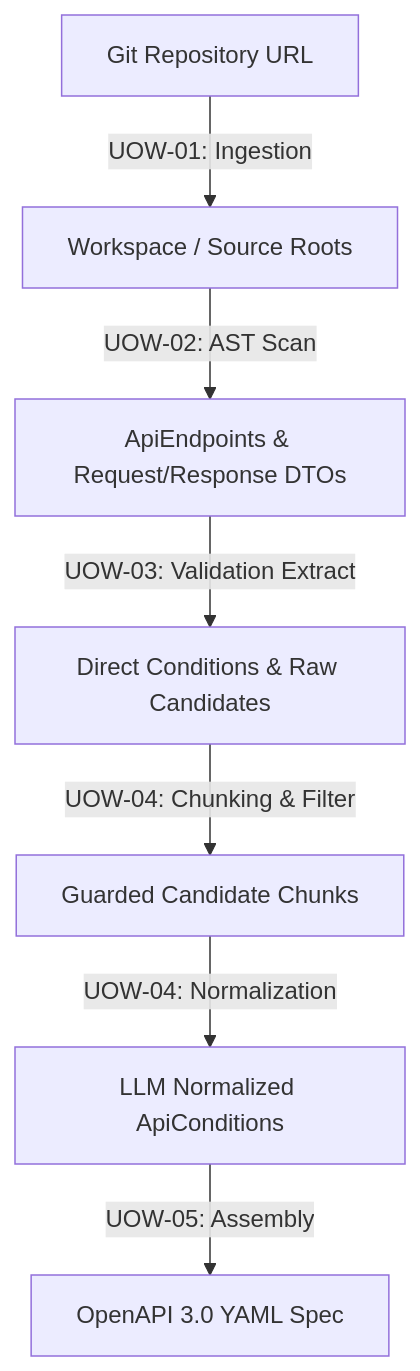
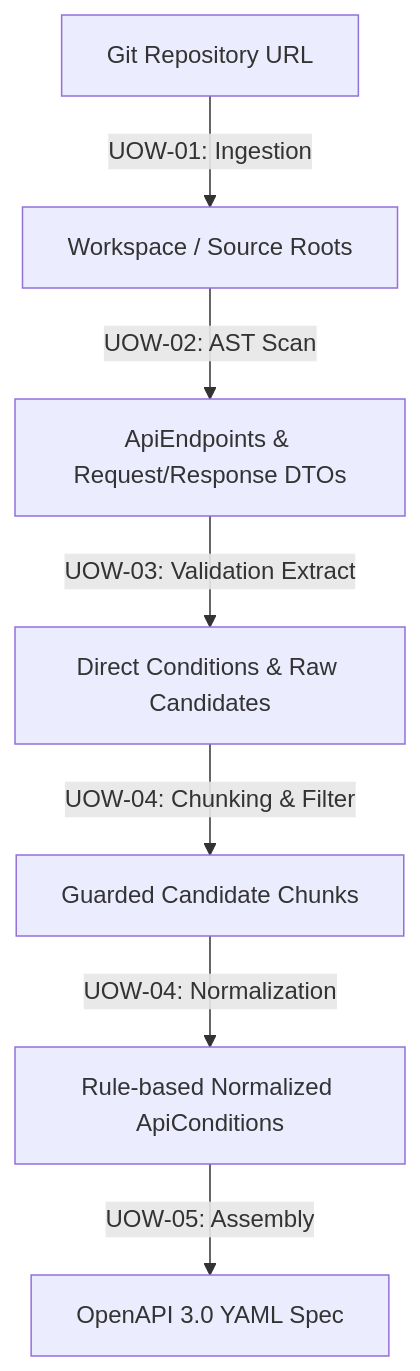
Before and after one commit to dlhwang/spec-scan: the diagram in README.md, drawn with Mermaid. The commit also changed other lines of this file and 21 other files, not shown here.

````diff
--- a/README.md
+++ b/README.md
@@ -17,9 +17,9 @@
 ```mermaid
 graph TD
     A[Git Repository URL] -->|UOW-01: Ingestion| B[Workspace / Source Roots]
     B -->|UOW-02: AST Scan| C[ApiEndpoints & Request/Response DTOs]
     C -->|UOW-03: Validation Extract| D[Direct Conditions & Raw Candidates]
     D -->|UOW-04: Chunking & Filter| E[Guarded Candidate Chunks]
-    E -->|UOW-04: Normalization| F[LLM Normalized ApiConditions]
+    E -->|UOW-04: Normalization| F[Rule-based Normalized ApiConditions]
     F -->|UOW-05: Assembly| G[OpenAPI 3.0 YAML Spec]
 ```
````
